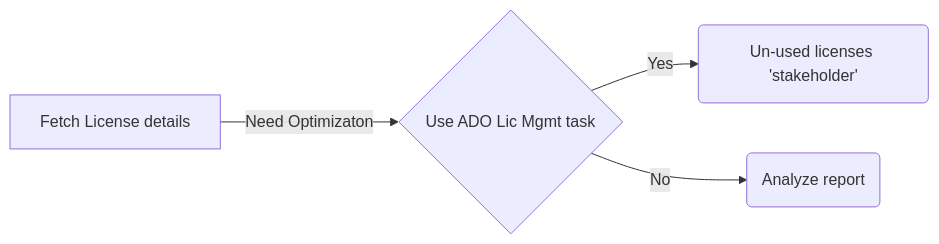
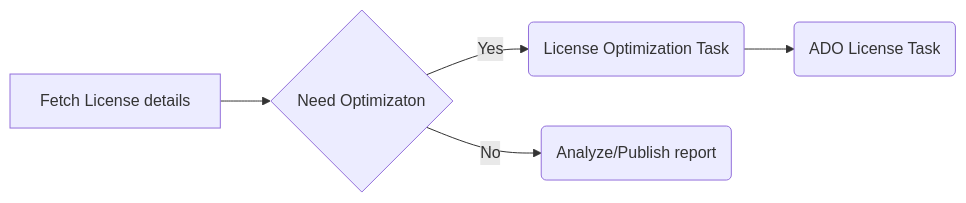
The diagram in AzureDevOpsLicensesTask/readme.md (aammirmirzaPublishedExtensions/ADOLicenseManagementTask), drawn with Mermaid before and after one commit.

Commit message:
flow updated

````diff
--- a/AzureDevOpsLicensesTask/readme.md
+++ b/AzureDevOpsLicensesTask/readme.md
@@ -119,6 +119,7 @@
 ```mermaid
 graph LR
-A[Fetch License details] -- Need Optimizaton --> B{Use ADO Lic Mgmt task}
-B -- Yes --> C(Un-used licenses 'stakeholder')
-B -- No --> D(Analyze report)
+A[Fetch License details] --> B{Need Optimizaton}
+B -- Yes --> C(License Optimization Task)
+B -- No --> D(Analyze/Publish report)
+C --> E(ADO License Task)
 ```
````
